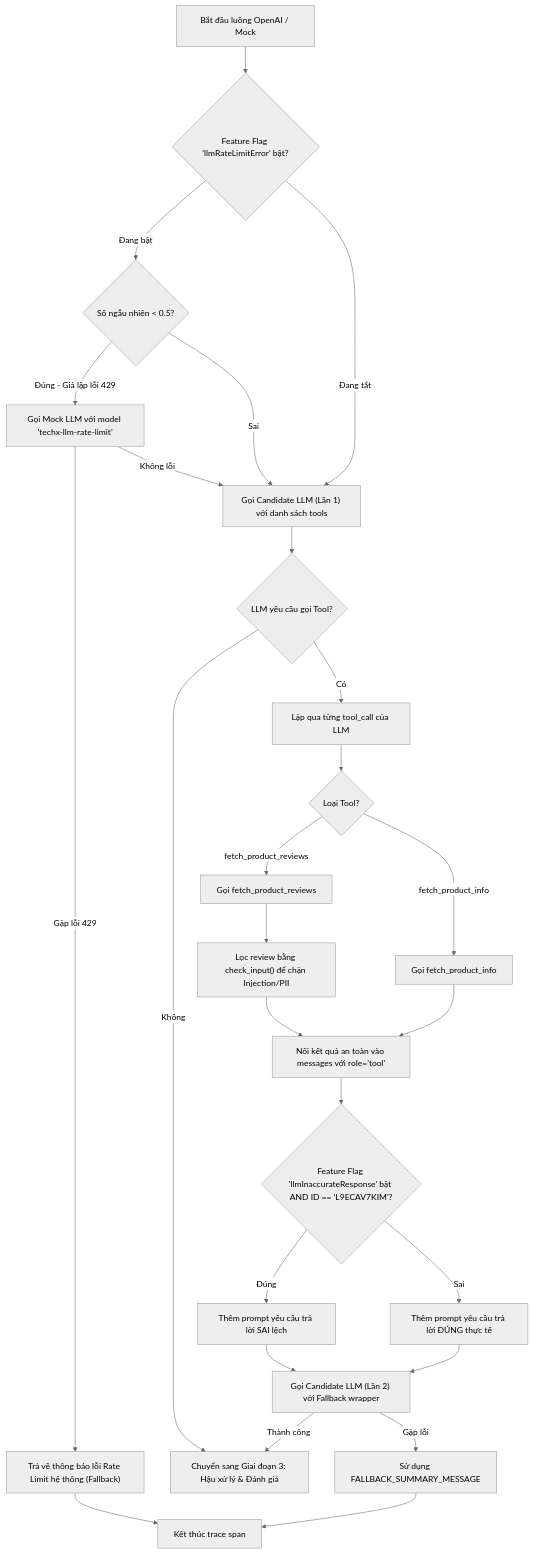
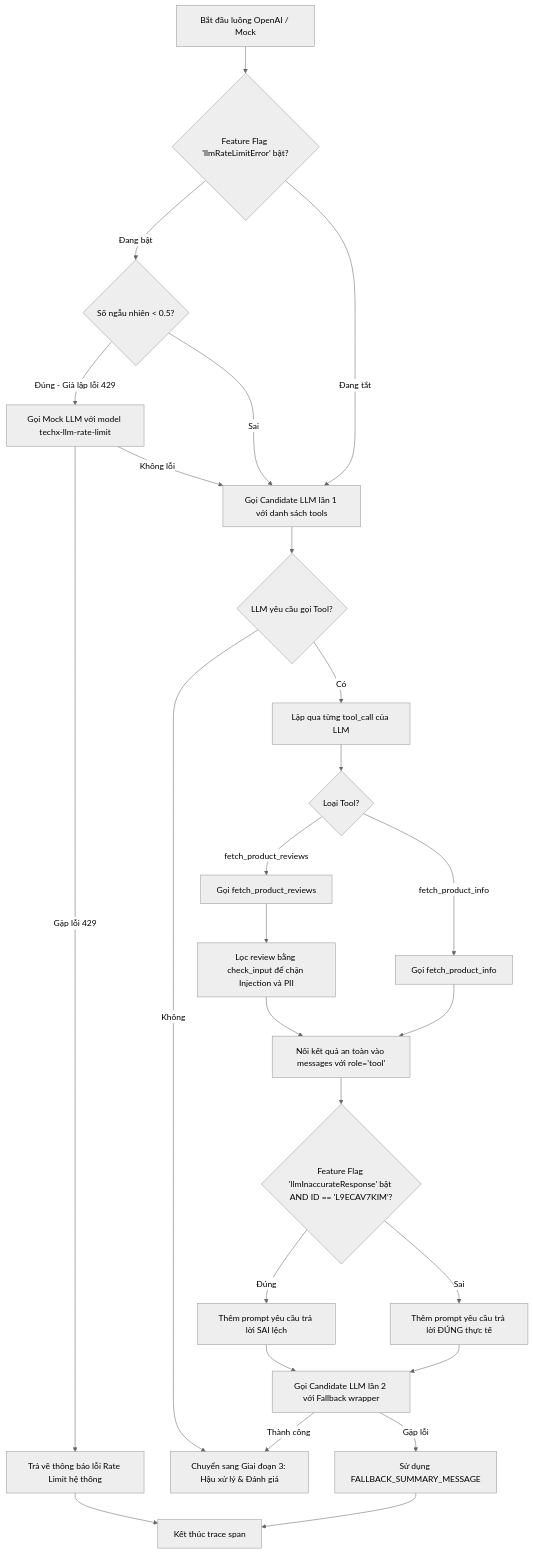
Before and after one commit to DangThao195/AIO02_TF3_Phase3: the seventh of 8 diagrams in AIE1/techx-corp-platform/src/product-reviews/README.md, drawn with Mermaid (neutral theme). The commit also changed other lines of this file, not shown here.

Commit message:
fix: resolve Mermaid syntax parser errors by removing parentheses from labels

````diff
--- a/AIE1/techx-corp-platform/src/product-reviews/README.md
+++ b/AIE1/techx-corp-platform/src/product-reviews/README.md
@@ -138,38 +138,38 @@
 ```mermaid
 flowchart TD
     OpenAIFlow[Bắt đầu luồng OpenAI / Mock] --> FlagRate{"Feature Flag 'llmRateLimitError' bật?"}
     
     FlagRate -->|Đang bật| RandCheck{"Số ngẫu nhiên < 0.5?"}
-    FlagRate -->|Đang tắt| CallLLM1["Gọi Candidate LLM (Lần 1) với danh sách tools"]
+    FlagRate -->|Đang tắt| CallLLM1["Gọi Candidate LLM lần 1 với danh sách tools"]
     
-    RandCheck -->|Đúng - Giả lập lỗi 429| CallMock["Gọi Mock LLM với model 'techx-llm-rate-limit'"]
+    RandCheck -->|Đúng - Giả lập lỗi 429| CallMock["Gọi Mock LLM với model techx-llm-rate-limit"]
     RandCheck -->|Sai| CallLLM1
     
-    CallMock -->|Gặp lỗi 429| FallbackRateLimit["Trả về thông báo lỗi Rate Limit hệ thống (Fallback)"]
+    CallMock -->|Gặp lỗi 429| FallbackRateLimit["Trả về thông báo lỗi Rate Limit hệ thống"]
     FallbackRateLimit --> EndSpanAI["Kết thúc trace span"]
     CallMock -->|Không lỗi| CallLLM1
     
     CallLLM1 --> ToolReq{"LLM yêu cầu gọi Tool?"}
     
     ToolReq -->|Không| PostProcess[Chuyển sang Giai đoạn 3: Hậu xử lý & Đánh giá]
     ToolReq -->|Có| LoopTools["Lặp qua từng tool_call của LLM"]
     
     LoopTools --> ToolType{"Loại Tool?"}
     ToolType -->|fetch_product_reviews| RunReviewTool["Gọi fetch_product_reviews"]
     ToolType -->|fetch_product_info| RunInfoTool["Gọi fetch_product_info"]
     
-    RunReviewTool --> FilterReview["Lọc review bằng check_input() để chặn Injection/PII"]
+    RunReviewTool --> FilterReview["Lọc review bằng check_input để chặn Injection và PII"]
     FilterReview --> AppendToolMsg["Nối kết quả an toàn vào messages với role='tool'"]
     RunInfoTool --> AppendToolMsg
     
     AppendToolMsg --> FlagInaccurate{"Feature Flag 'llmInaccurateResponse' bật AND ID == 'L9ECAV7KIM'?"}
     FlagInaccurate -->|Đúng| PromptInaccurate["Thêm prompt yêu cầu trả lời SAI lệch"]
     FlagInaccurate -->|Sai| PromptAccurate["Thêm prompt yêu cầu trả lời ĐÚNG thực tế"]
     
-    PromptInaccurate --> CallLLM2["Gọi Candidate LLM (Lần 2) với Fallback wrapper"]
+    PromptInaccurate --> CallLLM2["Gọi Candidate LLM lần 2 với Fallback wrapper"]
     PromptAccurate --> CallLLM2
     
     CallLLM2 -->|Thành công| PostProcess
     CallLLM2 -->|Gặp lỗi| FallbackMsg["Sử dụng FALLBACK_SUMMARY_MESSAGE"]
     FallbackMsg --> EndSpanAI["Kết thúc trace span"]
 ```
````
